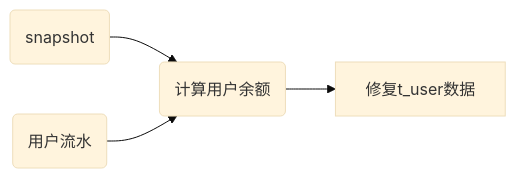
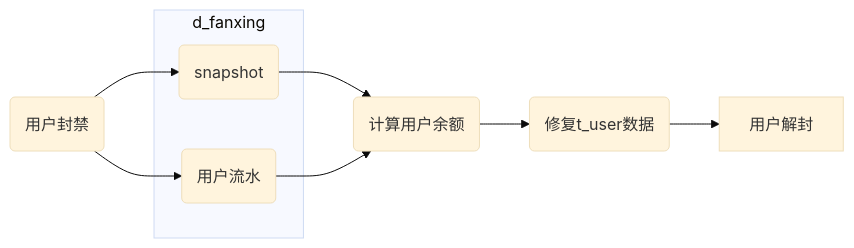
Before and after one commit to leiwingqueen/liyongquan.github.io: the eighth of 8 diagrams in _posts/2019-11-21-职级论文_李泳权_v1.md, drawn with Mermaid (base theme). The commit also changed other lines of this file, not shown here.

````diff
--- a/_posts/2019-11-21-职级论文_李泳权_v1.md
+++ b/_posts/2019-11-21-职级论文_李泳权_v1.md
@@ -359,6 +344,13 @@
 ```mermaid
 graph LR
+Lock(用户封禁)-->S
+Lock-->L
 S(snapshot)-->C(计算用户余额)
 L(用户流水)-->C
-C-->修复t_user数据
+subgraph d_fanxing
+S
+L
+end
+C-->R(修复t_user数据)
+R-->用户解封
 ```
````
